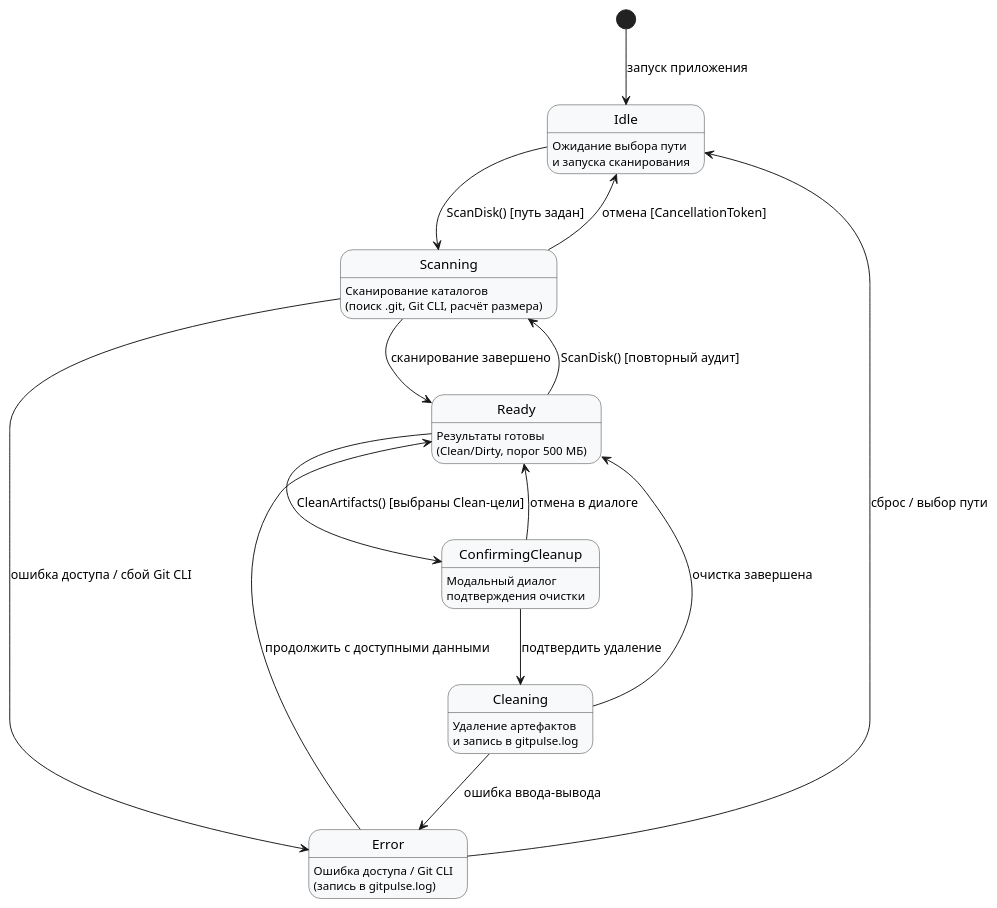
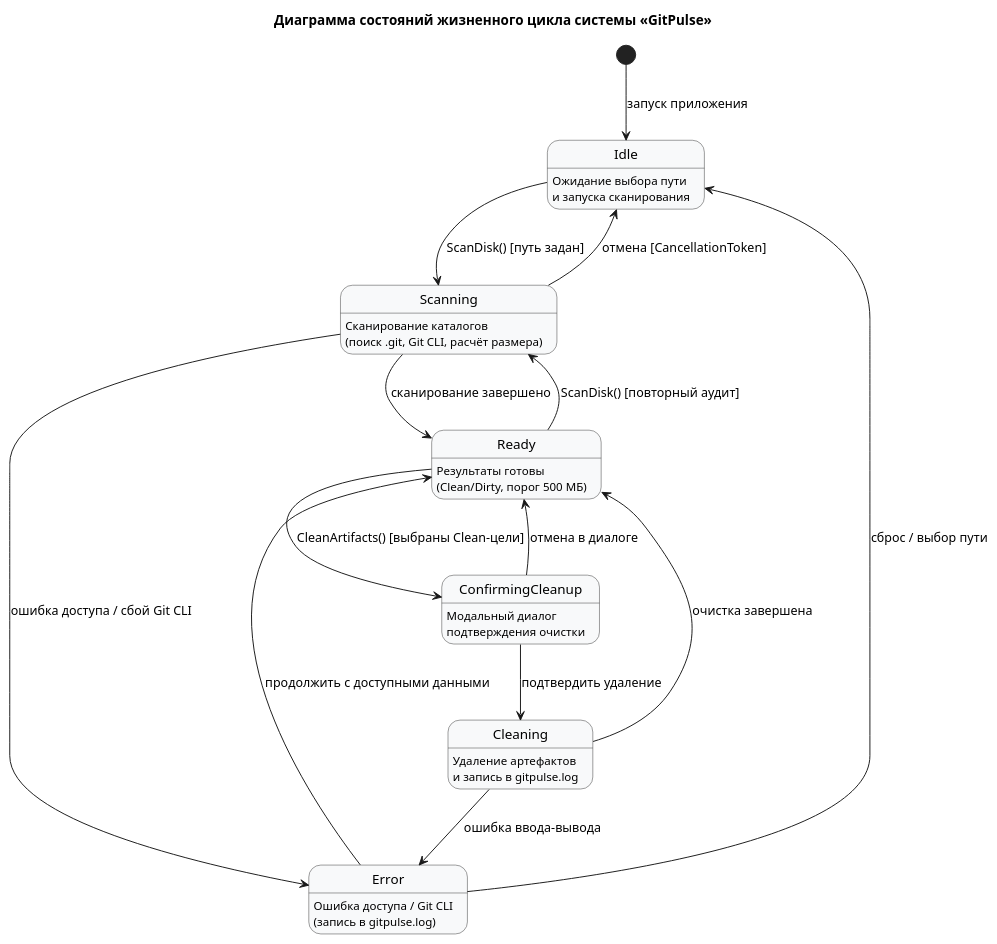
The diagram in diagrams/gitpulse-statemachine.puml (BSUIR-SDLC/SDLC), drawn with PlantUML before and after one commit. The commit also changed 7 other files, not shown here.

Commit message:
docs(lr5): обновить диаграммы активности, состояний, последовательности и прецедентов

```diff
--- a/diagrams/gitpulse-statemachine.puml
+++ b/diagrams/gitpulse-statemachine.puml
@@ -1,37 +1,38 @@
 @startuml gitpulse-statemachine
+title Диаграмма состояний жизненного цикла системы «GitPulse»
 skinparam state {
   BackgroundColor #F8F9FA
   BorderColor #333333
 }
 
 [*] --> Idle : запуск приложения
 
 state Idle : Ожидание выбора пути\nи запуска сканирования
 
 state Scanning : Сканирование каталогов\n(поиск .git, Git CLI, расчёт размера)
 
 state Error : Ошибка доступа / Git CLI\n(запись в gitpulse.log)
 
 state Ready : Результаты готовы\n(Clean/Dirty, порог 500 МБ)
 
 state ConfirmingCleanup : Модальный диалог\nподтверждения очистки
 
 state Cleaning : Удаление артефактов\nи запись в gitpulse.log
 
 Idle --> Scanning : ScanDisk() [путь задан]
 Scanning --> Idle : отмена [CancellationToken]
 Scanning --> Error : ошибка доступа / сбой Git CLI
 Scanning --> Ready : сканирование завершено
 
 Error --> Idle : сброс / выбор пути
 Error --> Ready : продолжить с доступными данными
 
 Ready --> Scanning : ScanDisk() [повторный аудит]
 Ready --> ConfirmingCleanup : CleanArtifacts() [выбраны Clean-цели]
 
 ConfirmingCleanup --> Ready : отмена в диалоге
 ConfirmingCleanup --> Cleaning : подтвердить удаление
 
 Cleaning --> Ready : очистка завершена
 Cleaning --> Error : ошибка ввода-вывода
 @enduml
```
